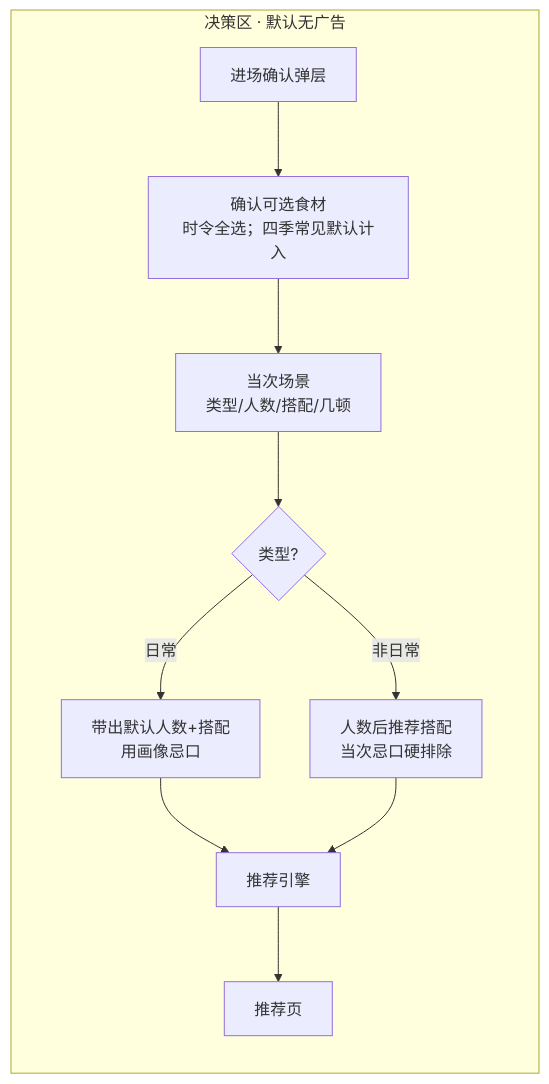
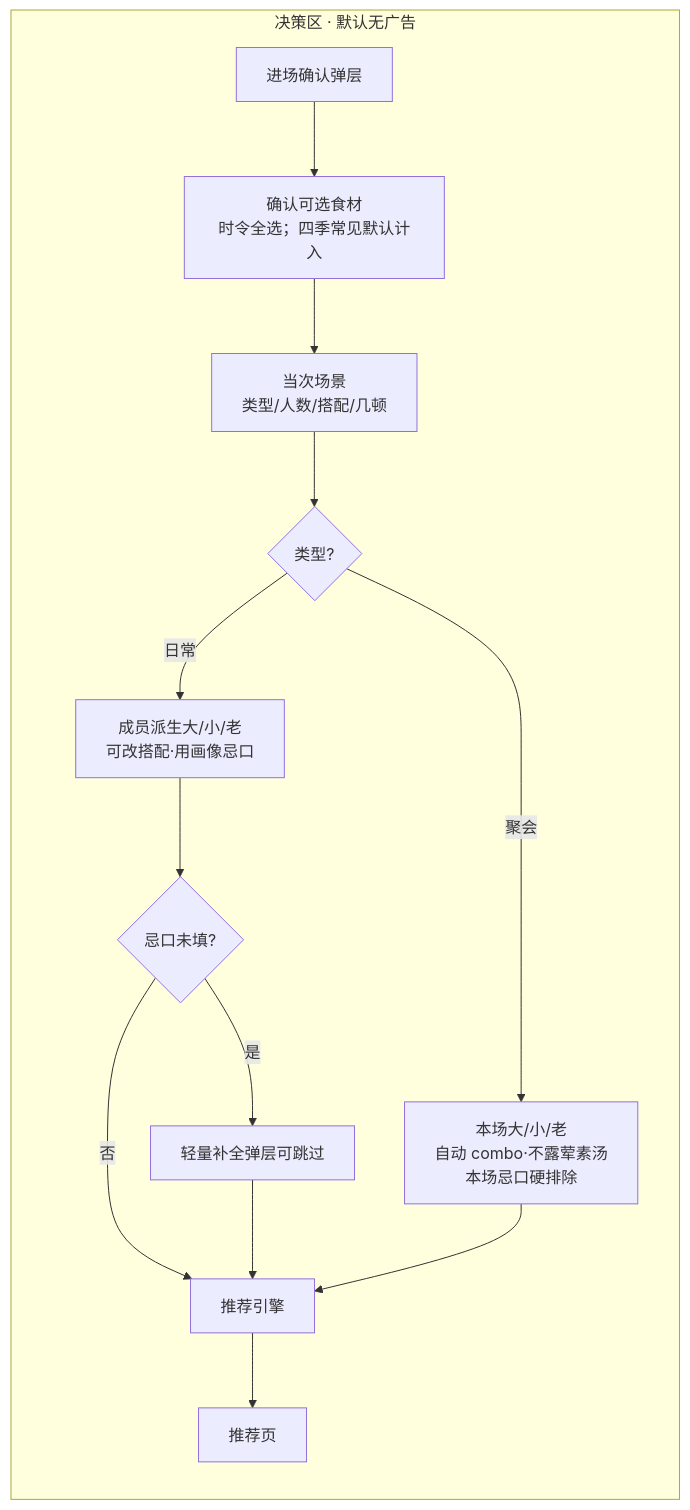
Before and after one commit to luonanqin/cookthis: the second of 6 diagrams in doc/需求流程图.md, drawn with Mermaid. The commit also changed other lines of this file and 108 other files, not shown here.

First line of the commit message:
feat: ship members, party combo, recipe pool, meals UX, and shopping sheet

````diff
--- a/doc/需求流程图.md
+++ b/doc/需求流程图.md
@@ -43,13 +43,16 @@
 ```mermaid
 flowchart LR
   subgraph 决策区["决策区 · 默认无广告"]
     A[进场确认弹层] --> B[确认可选食材<br/>时令全选；四季常见默认计入]
     B --> C[当次场景<br/>类型/人数/搭配/几顿]
     C --> D{类型?}
-    D -->|日常| E[带出默认人数+搭配<br/>用画像忌口]
-    D -->|非日常| F[人数后推荐搭配<br/>当次忌口硬排除]
-    E --> G[推荐引擎]
+    D -->|日常| E[成员派生大/小/老<br/>可改搭配·用画像忌口]
+    D -->|聚会| F[本场大/小/老<br/>自动 combo·不露荤素汤<br/>本场忌口硬排除]
+    E --> Lite{忌口未填?}
+    Lite -->|是| LiteSheet[轻量补全弹层可跳过]
+    Lite -->|否| G
+    LiteSheet --> G[推荐引擎]
     F --> G
     G --> H[推荐页]
   end
 ```
````
